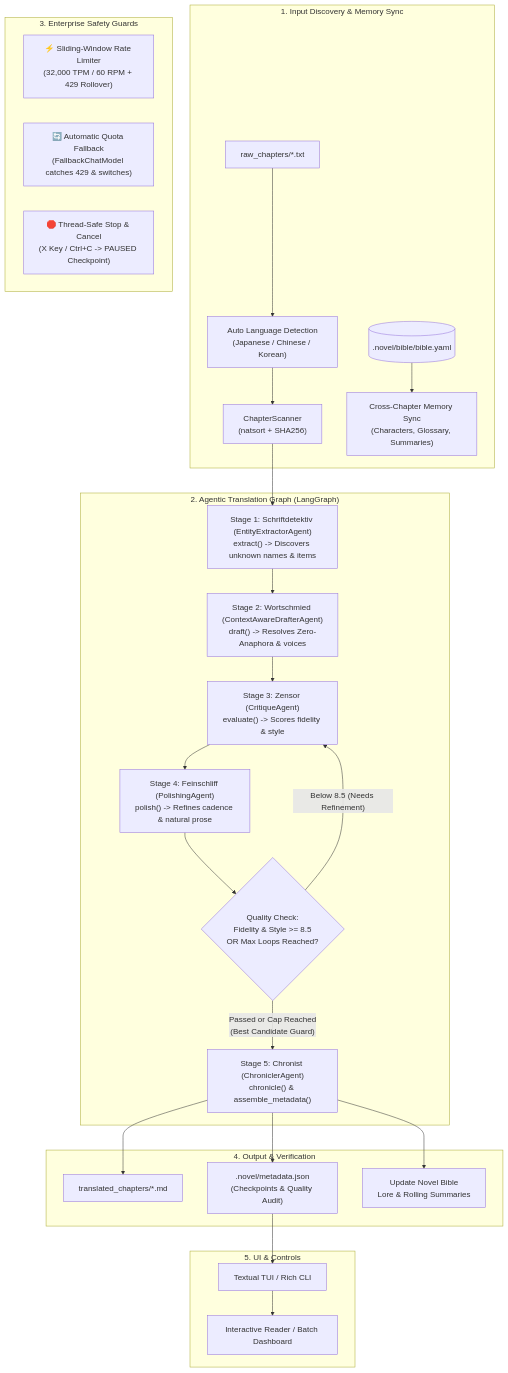
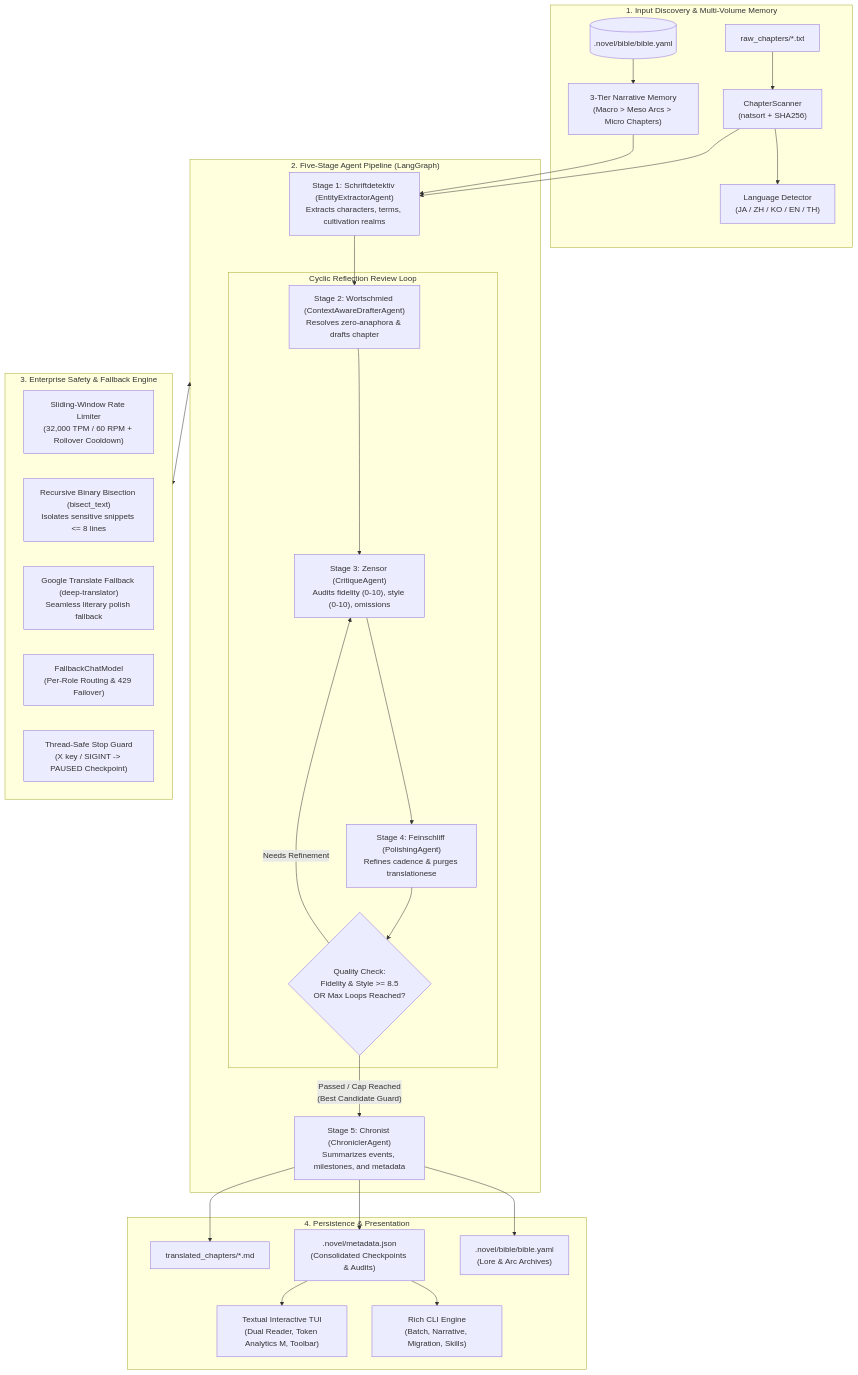
Before and after one commit to Checkmartyr/NouSetsu: the diagram in README.md, drawn with Mermaid. The commit also changed other lines of this file and 6 other files, not shown here.

````diff
--- a/README.md
+++ b/README.md
@@ -54,36 +82,40 @@
 ```mermaid
 flowchart TD
-    subgraph Input_Discovery ["1. Input Discovery & Memory Sync"]
-        Raw["raw_chapters/*.txt"] --> LangDetect["Auto Language Detection\n(Japanese / Chinese / Korean)"]
-        LangDetect --> Scanner["ChapterScanner\n(natsort + SHA256)"]
-        Bible[(".novel/bible/bible.yaml")] --> MemorySync["Cross-Chapter Memory Sync\n(Characters, Glossary, Summaries)"]
+    subgraph Input_Layer ["1. Input Discovery & Multi-Volume Memory"]
+        Raw["raw_chapters/*.txt"] --> Scanner["ChapterScanner\n(natsort + SHA256)"]
+        Scanner --> Lang["Language Detector\n(JA / ZH / KO / EN / TH)"]
+        Bible[(".novel/bible/bible.yaml")] --> Memory["3-Tier Narrative Memory\n(Macro > Meso Arcs > Micro Chapters)"]
     end
 
-    subgraph Translation_Graph ["2. Agentic Translation Graph (LangGraph)"]
-        Scanner --> Extractor["Stage 1: Schriftdetektiv (EntityExtractorAgent)\nextract() -> Discovers unknown names & items"]
-        Extractor --> Drafter["Stage 2: Wortschmied (ContextAwareDrafterAgent)\ndraft() -> Resolves Zero-Anaphora & voices"]
-        Drafter --> Critic["Stage 3: Zensor (CritiqueAgent)\nevaluate() -> Scores fidelity & style"]
-        Critic --> Polish["Stage 4: Feinschliff (PolishingAgent)\npolish() -> Refines cadence & natural prose"]
+    subgraph Agent_Pipeline ["2. Five-Stage Agent Pipeline (LangGraph)"]
+        Scanner & Memory --> Extractor["Stage 1: Schriftdetektiv (EntityExtractorAgent)\nExtracts characters, terms, cultivation realms"]
+        Extractor --> Drafter["Stage 2: Wortschmied (ContextAwareDrafterAgent)\nResolves zero-anaphora & drafts chapter"]
         
-        Polish --> ReviewCheck{"Quality Check:\nFidelity & Style >= 8.5\nOR Max Loops Reached?"}
-        ReviewCheck -- "Below 8.5 (Needs Refinement)" --> Critic
-        ReviewCheck -- "Passed or Cap Reached\n(Best Candidate Guard)" --> Chronicler["Stage 5: Chronist (ChroniclerAgent)\nchronicle() & assemble_metadata()"]
+        subgraph Review_Loop ["Cyclic Reflection Review Loop"]
+            Drafter --> Critic["Stage 3: Zensor (CritiqueAgent)\nAudits fidelity (0-10), style (0-10), omissions"]
+            Critic --> Polisher["Stage 4: Feinschliff (PolishingAgent)\nRefines cadence & purges translationese"]
+            Polisher --> QualityCheck{"Quality Check:\nFidelity & Style >= 8.5\nOR Max Loops Reached?"}
+            QualityCheck -- "Needs Refinement" --> Critic
+        end
+        
+        QualityCheck -- "Passed / Cap Reached\n(Best Candidate Guard)" --> Chronicler["Stage 5: Chronist (ChroniclerAgent)\nSummarizes events, milestones, and metadata"]
     end
 
-    subgraph Safety_Guards ["3. Enterprise Safety Guards"]
-        RateLimiter["⚡ Sliding-Window Rate Limiter\n(32,000 TPM / 60 RPM + 429 Rollover)"]
-        FallbackGuard["🔄 Automatic Quota Fallback\n(FallbackChatModel catches 429 & switches)"]
-        StopGuard["🛑 Thread-Safe Stop & Cancel\n(X Key / Ctrl+C -> PAUSED Checkpoint)"]
+    subgraph Safety_Resilience ["3. Enterprise Safety & Fallback Engine"]
+        Limiter["Sliding-Window Rate Limiter\n(32,000 TPM / 60 RPM + Rollover Cooldown)"]
+        BisectionEngine["Recursive Binary Bisection (bisect_text)\nIsolates sensitive snippets <= 8 lines"]
+        GTFallback["Google Translate Fallback (deep-translator)\nSeamless literary polish fallback"]
+        FallbackRouter["FallbackChatModel\n(Per-Role Routing & 429 Failover)"]
+        StopSignal["Thread-Safe Stop Guard\n(X key / SIGINT -> PAUSED Checkpoint)"]
     end
 
-    subgraph Output_Verification ["4. Output & Verification"]
-        Chronicler --> OutText["translated_chapters/*.md"]
-        Chronicler --> Meta[".novel/metadata.json\n(Checkpoints & Quality Audit)"]
-        Chronicler --> BibleUpdate["Update Novel Bible\nLore & Rolling Summaries"]
+    subgraph Persistence_Output ["4. Persistence & Presentation"]
+        Chronicler --> OutMarkdown["translated_chapters/*.md"]
+        Chronicler --> MetaJSON[".novel/metadata.json\n(Consolidated Checkpoints & Audits)"]
+        Chronicler --> BibleUpdate[".novel/bible/bible.yaml\n(Lore & Arc Archives)"]
+        MetaJSON --> TUI["Textual Interactive TUI\n(Dual Reader, Token Analytics M, Toolbar)"]
+        MetaJSON --> CLI["Rich CLI Engine\n(Batch, Narrative, Migration, Skills)"]
     end
 
-    subgraph UI_Controls ["5. UI & Controls"]
-        Meta --> TUI["Textual TUI / Rich CLI"]
-        TUI --> User["Interactive Reader / Batch Dashboard"]
-    end
+    Agent_Pipeline <--> Safety_Resilience
 ```
````
